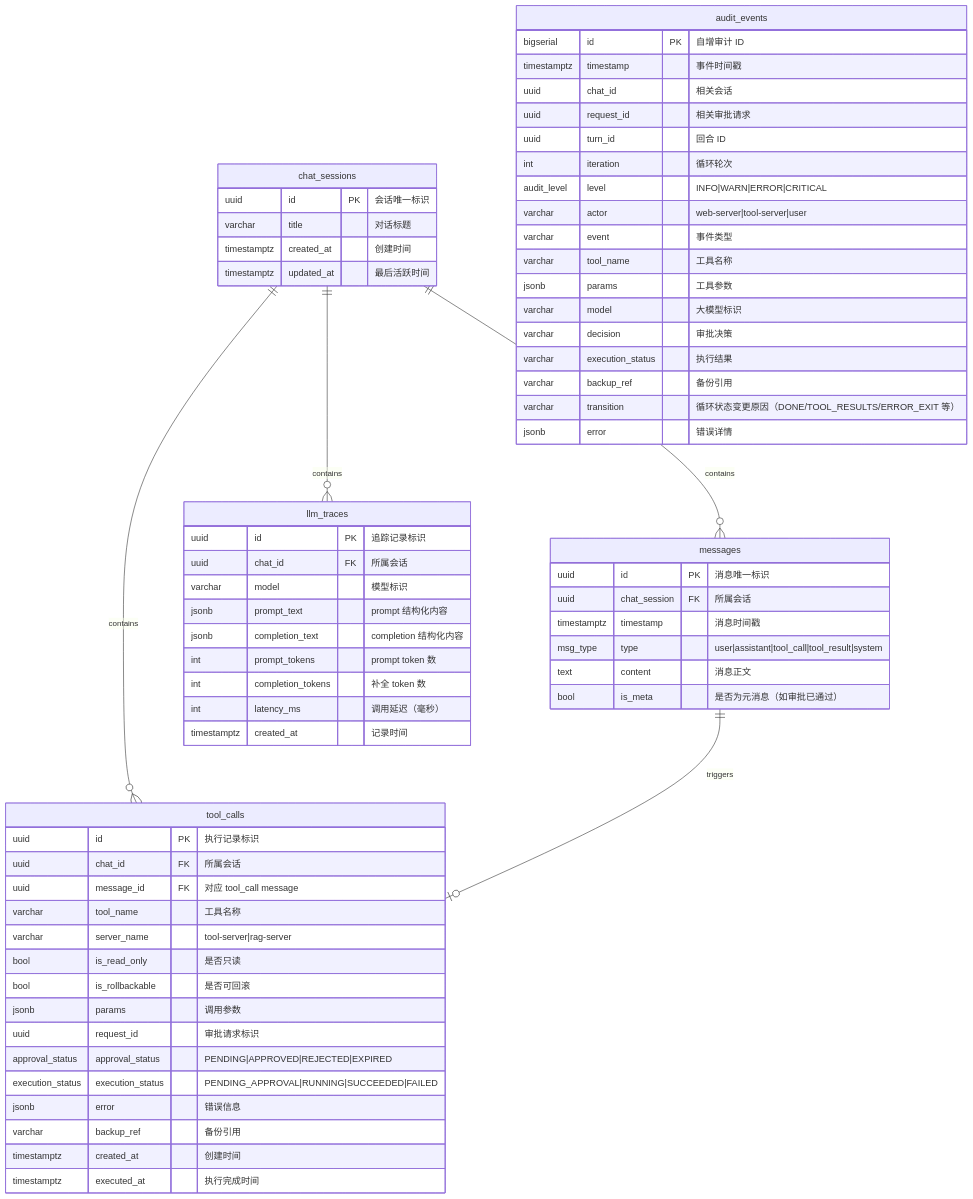
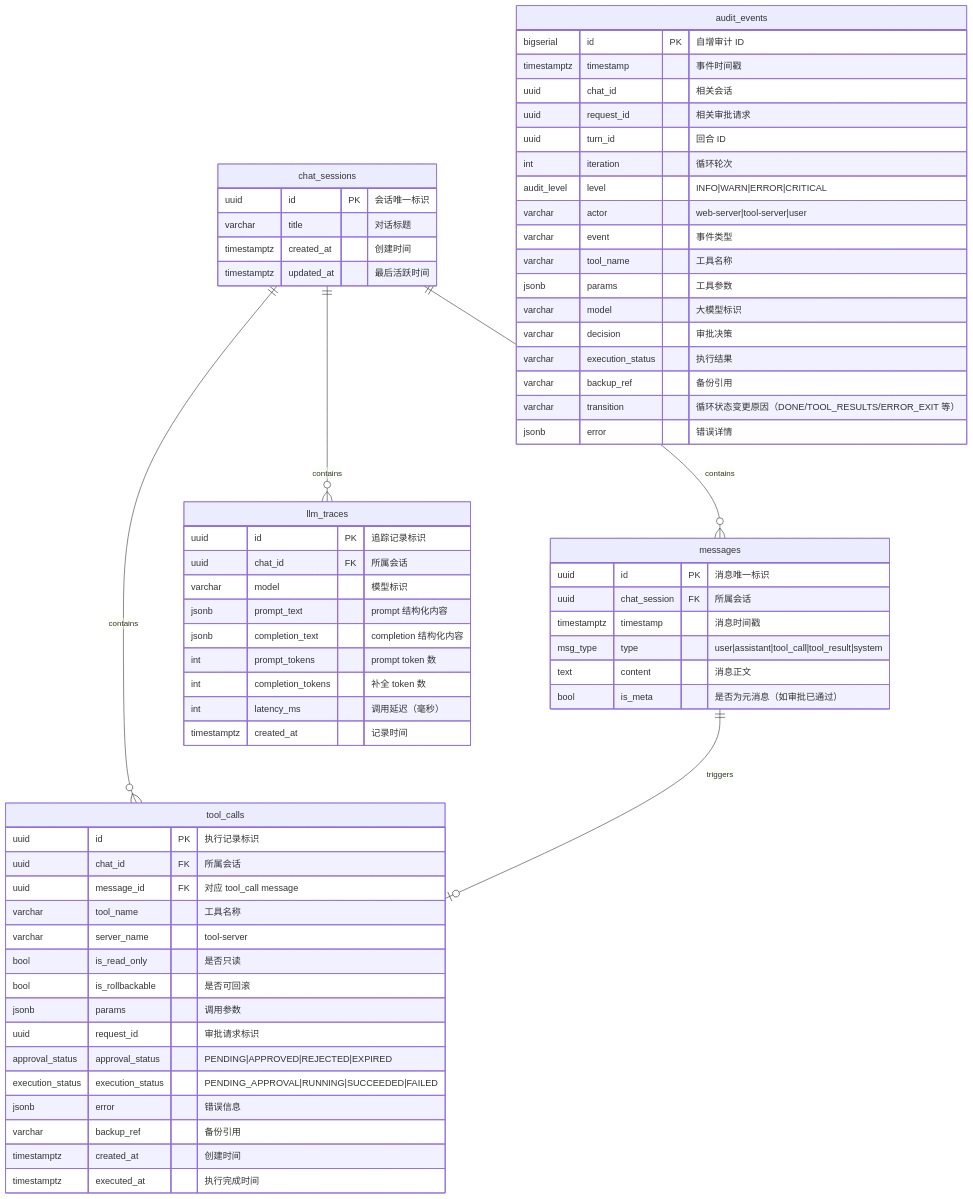
Before and after one commit to nazzeDe/alascup-agent: the diagram in docs/数据库设计.md, drawn with Mermaid. The commit also changed other lines of this file and 20 other files, not shown here.

First line of the commit message:
cleanup: remove all rag-server references — RAG is no longer used

````diff
--- a/docs/数据库设计.md
+++ b/docs/数据库设计.md
@@ -14,73 +14,73 @@
 ```mermaid
 erDiagram
     chat_sessions {
         uuid id PK "会话唯一标识"
         varchar title "对话标题"
         timestamptz created_at "创建时间"
         timestamptz updated_at "最后活跃时间"
     }
 
     messages {
         uuid id PK "消息唯一标识"
         uuid chat_session FK "所属会话"
         timestamptz timestamp "消息时间戳"
         msg_type type "user|assistant|tool_call|tool_result|system"
         text content "消息正文"
         bool is_meta "是否为元消息（如审批已通过）"
     }
 
     tool_calls {
         uuid id PK "执行记录标识"
         uuid chat_id FK "所属会话"
         uuid message_id FK "对应 tool_call message"
         varchar tool_name "工具名称"
-        varchar server_name "tool-server|rag-server"
+        varchar server_name "tool-server"
         bool is_read_only "是否只读"
         bool is_rollbackable "是否可回滚"
         jsonb params "调用参数"
         uuid request_id "审批请求标识"
         approval_status approval_status "PENDING|APPROVED|REJECTED|EXPIRED"
         execution_status execution_status "PENDING_APPROVAL|RUNNING|SUCCEEDED|FAILED"
         jsonb error "错误信息"
         varchar backup_ref "备份引用"
         timestamptz created_at "创建时间"
         timestamptz executed_at "执行完成时间"
     }
 
     audit_events {
         bigserial id PK "自增审计 ID"
         timestamptz timestamp "事件时间戳"
         uuid chat_id "相关会话"
         uuid request_id "相关审批请求"
         uuid turn_id "回合 ID"
         int iteration "循环轮次"
         audit_level level "INFO|WARN|ERROR|CRITICAL"
         varchar actor "web-server|tool-server|user"
         varchar event "事件类型"
         varchar tool_name "工具名称"
         jsonb params "工具参数"
         varchar model "大模型标识"
         varchar decision "审批决策"
         varchar execution_status "执行结果"
         varchar backup_ref "备份引用"
         varchar transition "循环状态变更原因（DONE/TOOL_RESULTS/ERROR_EXIT 等）"
         jsonb error "错误详情"
     }
 
     llm_traces {
         uuid id PK "追踪记录标识"
         uuid chat_id FK "所属会话"
         varchar model "模型标识"
         jsonb prompt_text "prompt 结构化内容"
         jsonb completion_text "completion 结构化内容"
         int prompt_tokens "prompt token 数"
         int completion_tokens "补全 token 数"
         int latency_ms "调用延迟（毫秒）"
         timestamptz created_at "记录时间"
     }
 
     chat_sessions ||--o{ messages : contains
     chat_sessions ||--o{ tool_calls : contains
     chat_sessions ||--o{ llm_traces : contains
     messages ||--o| tool_calls : triggers
 ```
````
